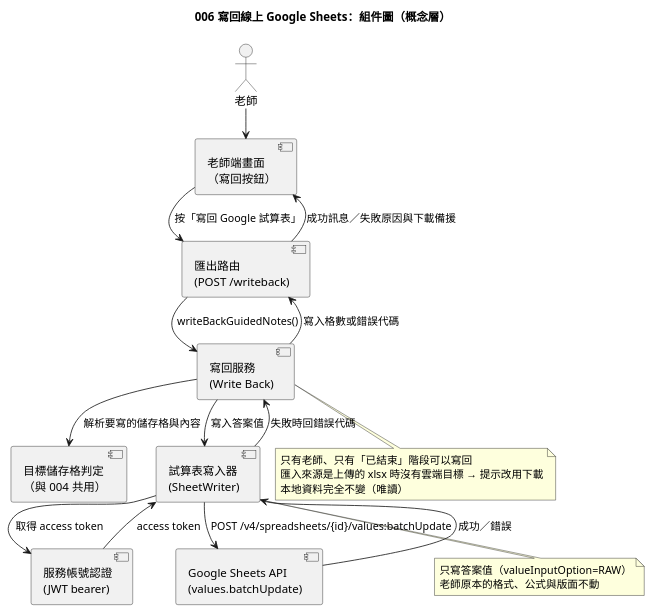
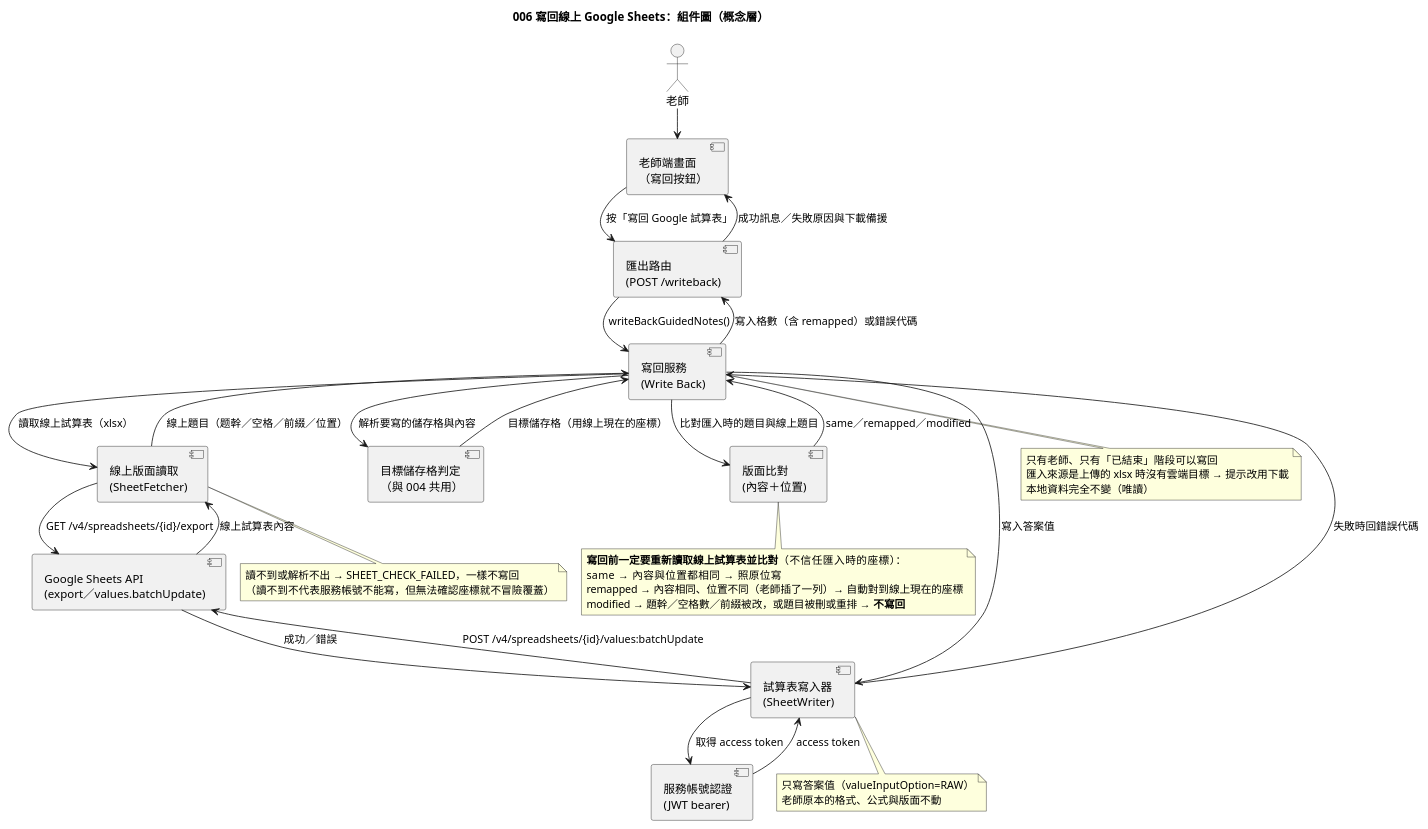
Before and after one commit to Danielweng0902/Answering-System_speckit: the diagram in diagrams/006-guided-notes-writeback-component.puml, drawn with PlantUML. The commit also changed 90 other files, not shown here.

First line of the commit message:
docs(verification): 補 007／006 的證據文件、修 006 的圖、匯出 AI 對話紀錄

```diff
--- a/diagrams/006-guided-notes-writeback-component.puml
+++ b/diagrams/006-guided-notes-writeback-component.puml
@@ -1,37 +1,58 @@
 @startuml
 !pragma layout smetana
 title 006 寫回線上 Google Sheets：組件圖（概念層）
 
 actor 老師
 component "老師端畫面\n（寫回按鈕）" as TeacherUI
 component "匯出路由\n(POST /writeback)" as Route
 component "寫回服務\n(Write Back)" as Service
+component "線上版面讀取\n(SheetFetcher)" as Fetcher
 component "目標儲存格判定\n（與 004 共用）" as Targets
+component "版面比對\n(內容＋位置)" as Compare
 component "試算表寫入器\n(SheetWriter)" as Writer
 component "服務帳號認證\n(JWT bearer)" as Auth
-component "Google Sheets API\n(values.batchUpdate)" as Api
+component "Google Sheets API\n(export／values.batchUpdate)" as Api
 
 老師 --> TeacherUI
 TeacherUI --> Route : 按「寫回 Google 試算表」
 Route --> Service : writeBackGuidedNotes()
+Service --> Fetcher : 讀取線上試算表（xlsx）
+Fetcher --> Api : GET /v4/spreadsheets/{id}/export
+Api --> Fetcher : 線上試算表內容
+Fetcher --> Service : 線上題目（题幹／空格／前綴／位置）
+Service --> Compare : 比對匯入時的題目與線上題目
+Compare --> Service : same／remapped／modified
 Service --> Targets : 解析要寫的儲存格與內容
+Targets --> Service : 目標儲存格（用線上現在的座標）
 Service --> Writer : 寫入答案值
 Writer --> Auth : 取得 access token
 Auth --> Writer : access token
 Writer --> Api : POST /v4/spreadsheets/{id}/values:batchUpdate
 Api --> Writer : 成功／錯誤
 Writer --> Service : 失敗時回錯誤代碼
-Service --> Route : 寫入格數或錯誤代碼
+Service --> Route : 寫入格數（含 remapped）或錯誤代碼
 Route --> TeacherUI : 成功訊息／失敗原因與下載備援
 
 note bottom of Service
   只有老師、只有「已結束」階段可以寫回
   匯入來源是上傳的 xlsx 時沒有雲端目標 → 提示改用下載
   本地資料完全不變（唯讀）
 end note
 
+note bottom of Compare
+  **寫回前一定要重新讀取線上試算表並比對**（不信任匯入時的座標）：
+  same     → 內容與位置都相同 → 照原位寫
+  remapped → 內容相同、位置不同（老師插了一列）→ 自動對到線上現在的座標
+  modified → 題幹／空格數／前綴被改，或題目被刪或重排 → **不寫回**
+end note
+
+note bottom of Fetcher
+  讀不到或解析不出 → SHEET_CHECK_FAILED，一樣不寫回
+  （讀不到不代表服務帳號不能寫，但無法確認座標就不冒險覆蓋）
+end note
+
 note bottom of Writer
   只寫答案值（valueInputOption=RAW）
   老師原本的格式、公式與版面不動
 end note
 @enduml
```
